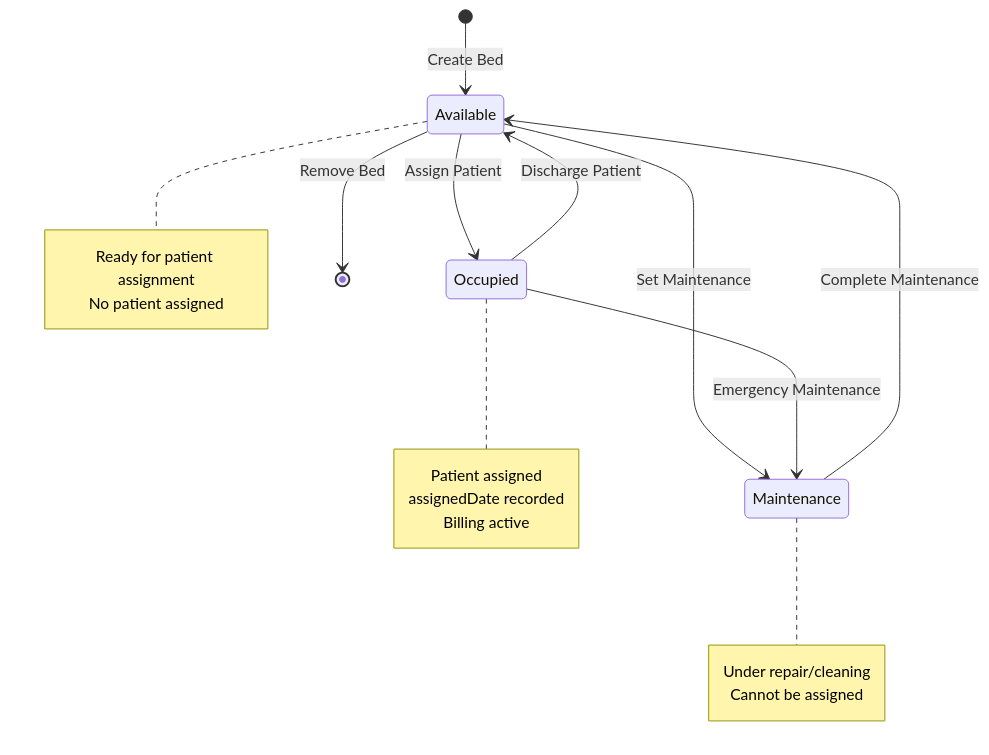
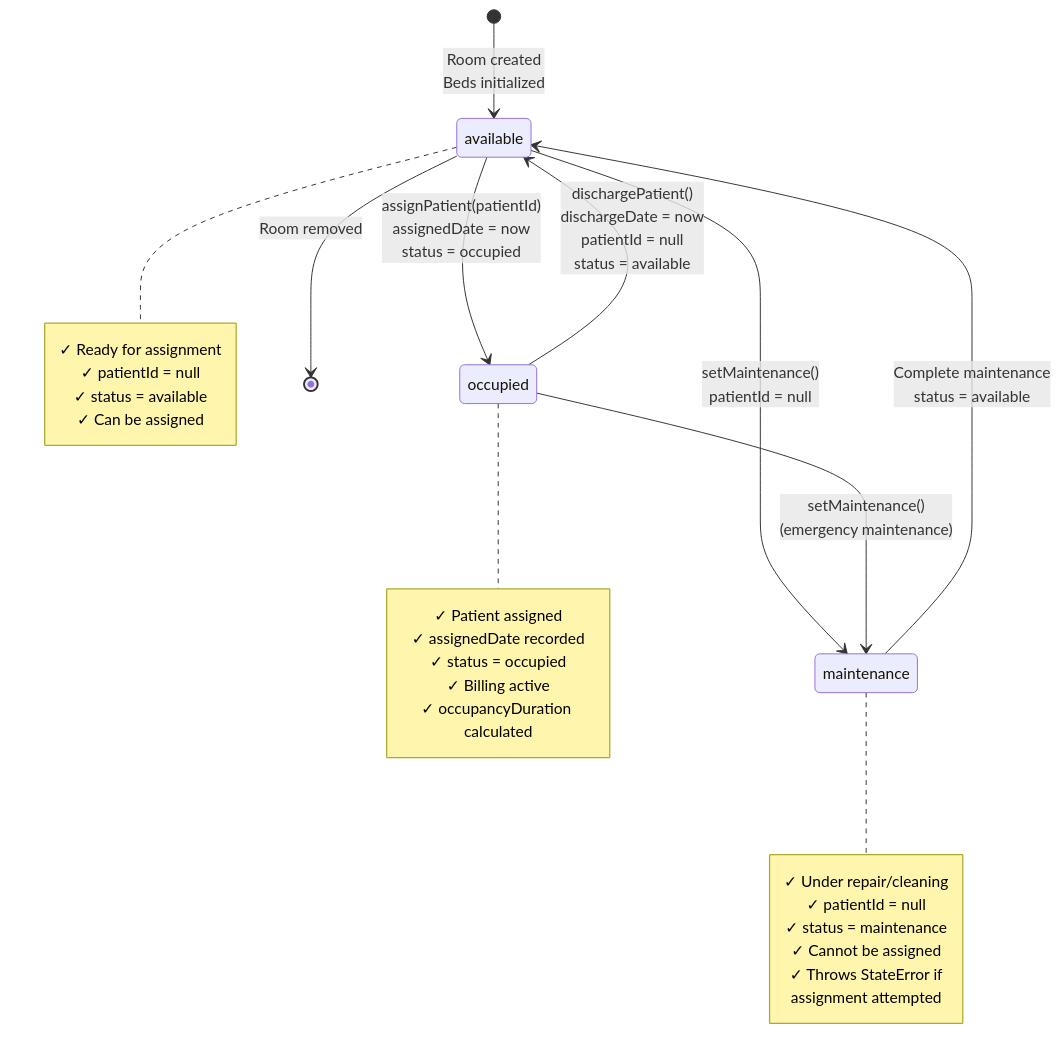
One commit to longboren/Hospital_Management_Systems changed diagram 11 of 12 in UML_DIAGRAMS.md. Above: the diagram before and after it, drawn with Mermaid. The commit also changed other lines of this file and 8 other files, not shown here.

````diff
--- a/UML_DIAGRAMS.md
+++ b/UML_DIAGRAMS.md
@@ -697,30 +923,37 @@
 ```mermaid
 stateDiagram-v2
-    [*] --> Available: Create Bed
+    [*] --> available: Room created<br/>Beds initialized
     
-    Available --> Occupied: Assign Patient
-    Available --> Maintenance: Set Maintenance
+    available --> occupied: assignPatient(patientId)<br/>assignedDate = now<br/>status = occupied
+    available --> maintenance: setMaintenance()<br/>patientId = null
     
-    Occupied --> Available: Discharge Patient
-    Occupied --> Maintenance: Emergency Maintenance
+    occupied --> available: dischargePatient()<br/>dischargeDate = now<br/>patientId = null<br/>status = available
+    occupied --> maintenance: setMaintenance()<br/>(emergency maintenance)
     
-    Maintenance --> Available: Complete Maintenance
+    maintenance --> available: Complete maintenance<br/>status = available
     
-    Available --> [*]: Remove Bed
+    available --> [*]: Room removed
     
-    note right of Available
-        Ready for patient assignment
-        No patient assigned
+    note right of available
+        ✓ Ready for assignment
+        ✓ patientId = null
+        ✓ status = available
+        ✓ Can be assigned
     end note
     
-    note right of Occupied
-        Patient assigned
-        assignedDate recorded
-        Billing active
+    note right of occupied
+        ✓ Patient assigned
+        ✓ assignedDate recorded
+        ✓ status = occupied
+        ✓ Billing active
+        ✓ occupancyDuration calculated
     end note
     
-    note right of Maintenance
-        Under repair/cleaning
-        Cannot be assigned
+    note right of maintenance
+        ✓ Under repair/cleaning
+        ✓ patientId = null
+        ✓ status = maintenance
+        ✓ Cannot be assigned
+        ✓ Throws StateError if<br/>  assignment attempted
     end note
 ```
````
